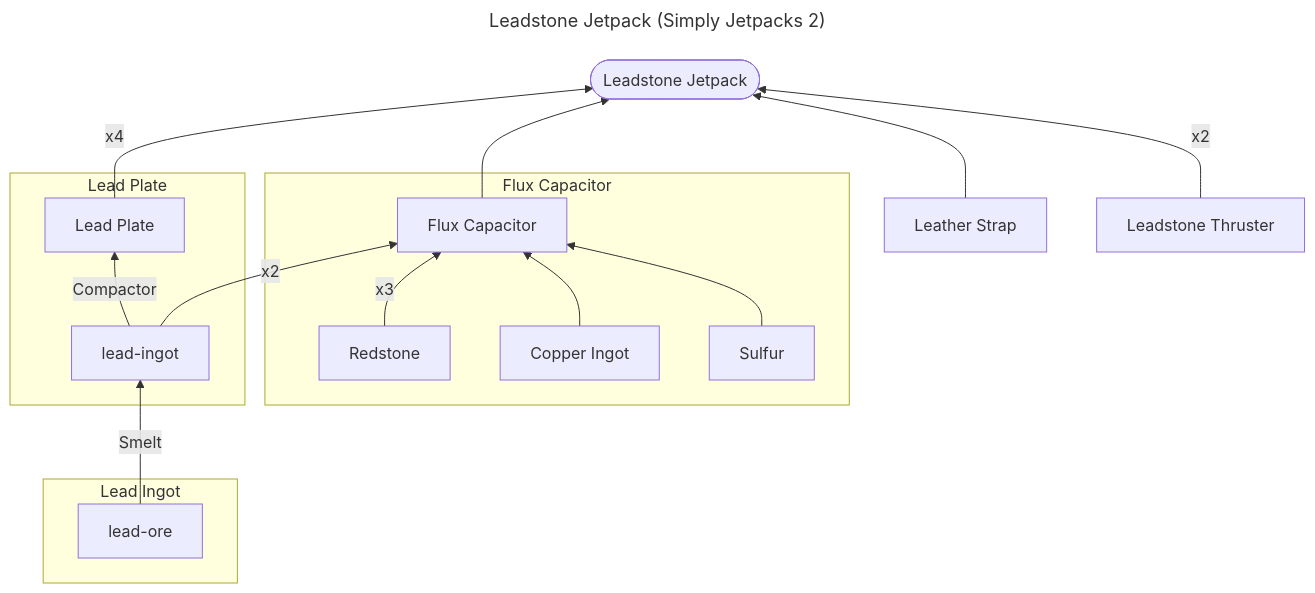
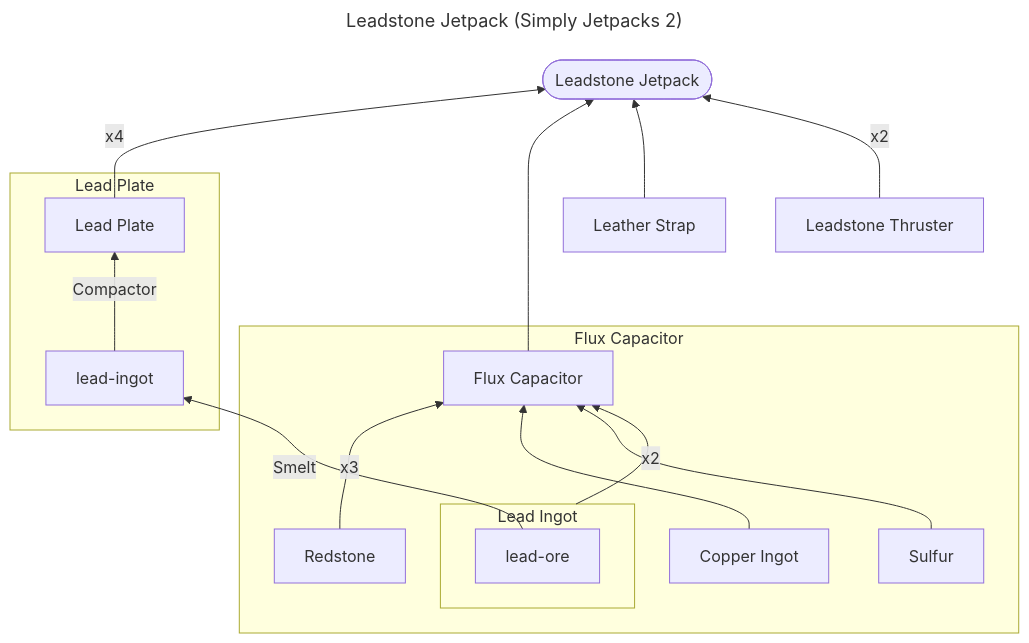
Before and after one commit to res0nat0r/minecraft: the diagram in leadstone-backpack.md, drawn with Mermaid.

````diff
--- a/leadstone-backpack.md
+++ b/leadstone-backpack.md
@@ -1,35 +1,35 @@
 ```mermaid
 ---
 title: Leadstone Jetpack (Simply Jetpacks 2)
 ---
 
 flowchart BT
 
 leadstone-jetpack([Leadstone Jetpack])
 
 %% Tier 1
 lead-plate[Lead Plate] --> |x4| leadstone-jetpack
 flux-capacitor[Flux Capacitor] --> leadstone-jetpack
 leather-strap[Leather Strap] --> leadstone-jetpack
 leadstone-thruster[Leadstone Thruster]--> |x2| leadstone-jetpack
 
 %% Lead Plate
 subgraph sg-lead-plate [Lead Plate]
     lead-ingot --> |Compactor| lead-plate
 end
 
 %% Lead Ingot
 subgraph sg-lead-ingot [Lead Ingot]
     lead-ore --> |Smelt| lead-ingot
 end
 
 %% Flux Capacitor
 subgraph sg-flux-capacitor [Flux Capacitor]
-    lead-ingot --> |x2| flux-capacitor
+    sg-lead-ingot --> |x2| flux-capacitor
     redstone[Redstone] --> |x3| flux-capacitor
     copper-ingot[Copper Ingot] --> flux-capacitor
     sulfur[Sulfur] --> flux-capacitor
 end
     
 
 ```
````
